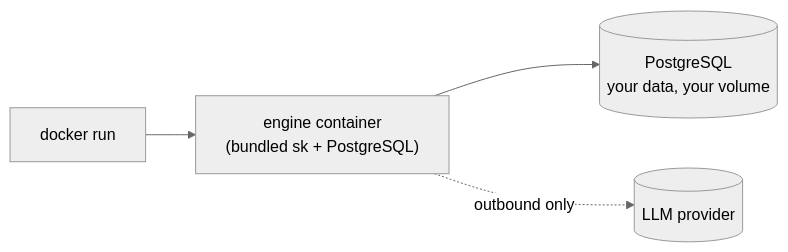
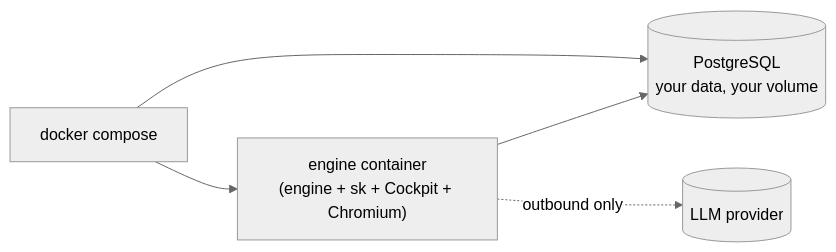
One commit to MikeBild/subkit changed the first of 2 diagrams in docs/developers/self-host.md. Above: the diagram before and after it, drawn with Mermaid (neutral theme). The commit also changed other lines of this file and 17 other files, not shown here.

````diff
--- a/docs/developers/self-host.md
+++ b/docs/developers/self-host.md
@@ -9,6 +9,7 @@
 ```mermaid
 flowchart LR
-    Op["docker run"] --> Engine["engine container<br/>(bundled sk + PostgreSQL)"]
+    Op["docker compose"] --> Engine["engine container<br/>(engine + sk + Cockpit + Chromium)"]
+    Op --> PG
     Engine --> PG[("PostgreSQL<br/>your data, your volume")]
     Engine -. outbound only .-> LLM[("LLM provider")]
 ```
````
